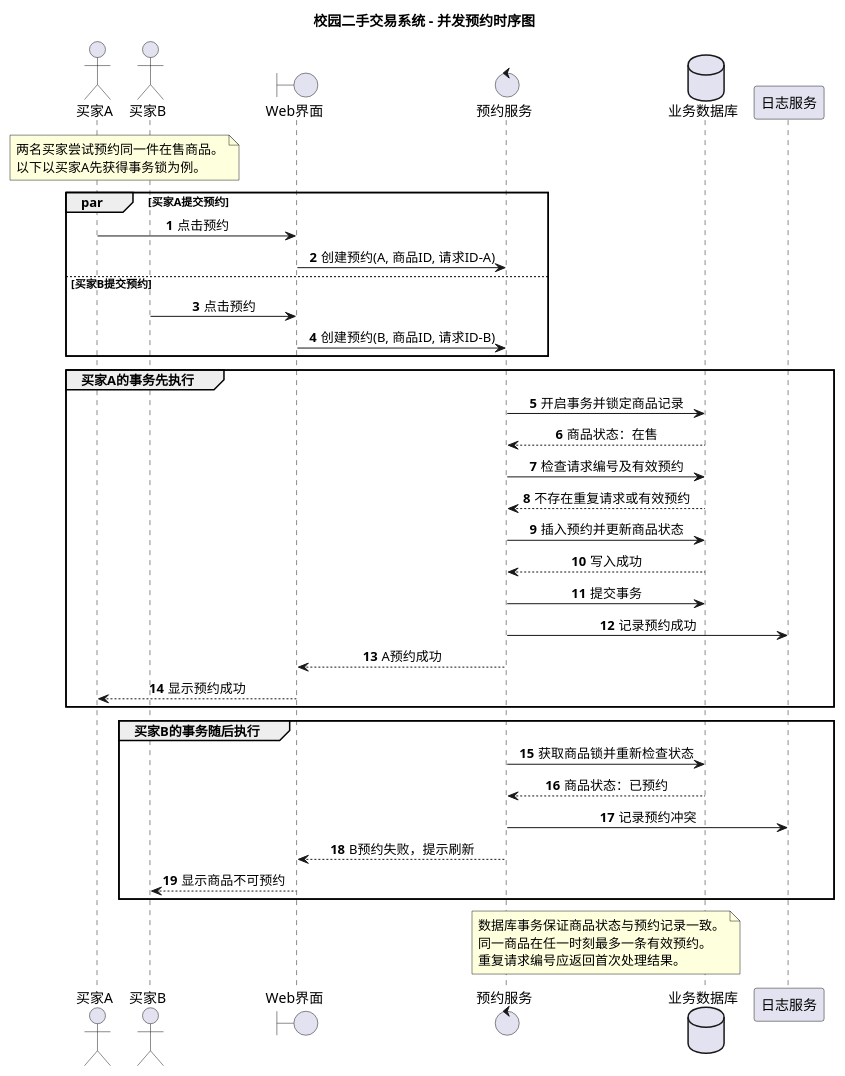
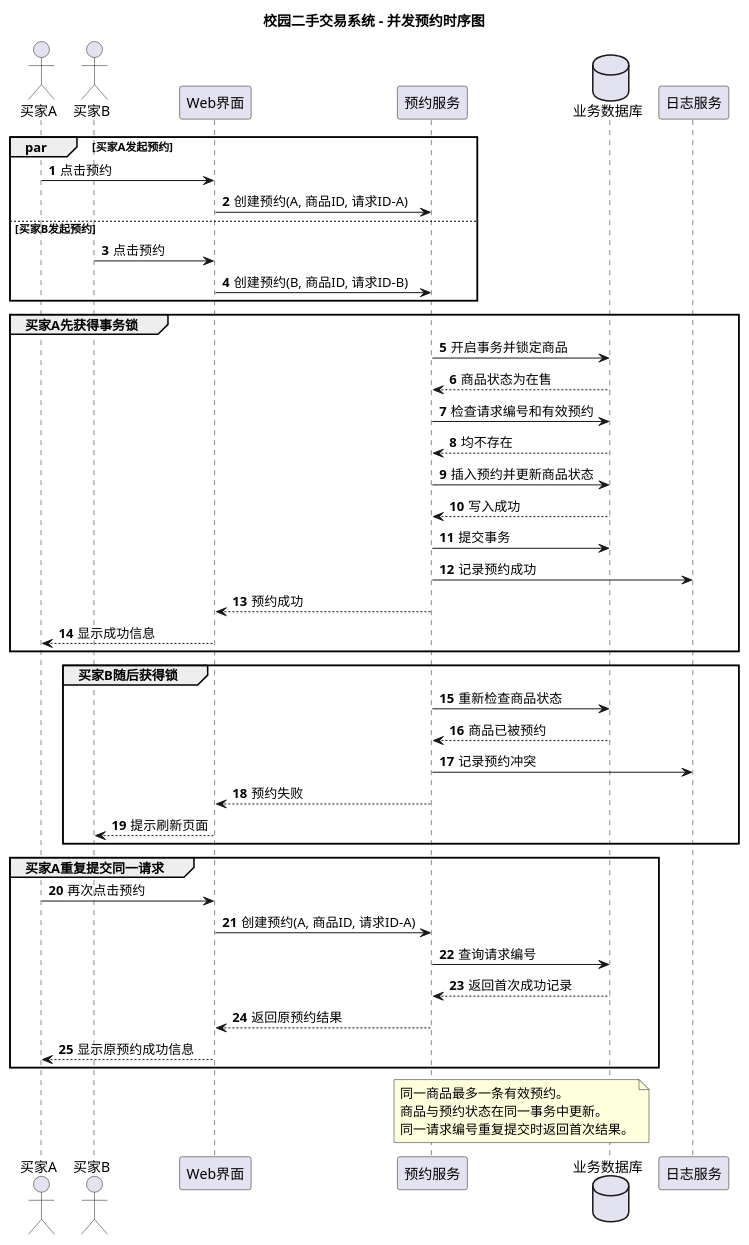
The diagram in UML/UML并发预约时序图.puml (hhhzzz-123/campus-secondhand-lab2), drawn with PlantUML before and after one commit. The commit also changed 1 other file, not shown here.

```diff
--- a/UML/UML并发预约时序图.puml
+++ b/UML/UML并发预约时序图.puml
@@ -2,57 +2,59 @@
-@startuml ReservationSequenceDiagram
+@startuml
 title 校园二手交易系统 - 并发预约时序图
 
+skinparam defaultFontName Microsoft YaHei
 skinparam shadowing false
-skinparam defaultFontName Microsoft YaHei
-skinparam sequenceMessageAlign center
-skinparam responseMessageBelowArrow true
 autonumber
 
 actor "买家A" as A
 actor "买家B" as B
-boundary "Web界面" as UI
-control "预约服务" as Service
+participant "Web界面" as UI
+participant "预约服务" as Service
 database "业务数据库" as DB
 participant "日志服务" as Log
 
-note over A, B
-两名买家尝试预约同一件在售商品。
-以下以买家A先获得事务锁为例。
-end note
-
-par 买家A提交预约
+par 买家A发起预约
     A -> UI : 点击预约
     UI -> Service : 创建预约(A, 商品ID, 请求ID-A)
-else 买家B提交预约
+else 买家B发起预约
     B -> UI : 点击预约
     UI -> Service : 创建预约(B, 商品ID, 请求ID-B)
 end
 
-group 买家A的事务先执行
-    Service -> DB : 开启事务并锁定商品记录
-    DB --> Service : 商品状态：在售
-    Service -> DB : 检查请求编号及有效预约
-    DB --> Service : 不存在重复请求或有效预约
+group 买家A先获得事务锁
+    Service -> DB : 开启事务并锁定商品
+    DB --> Service : 商品状态为在售
+    Service -> DB : 检查请求编号和有效预约
+    DB --> Service : 均不存在
     Service -> DB : 插入预约并更新商品状态
     DB --> Service : 写入成功
     Service -> DB : 提交事务
     Service -> Log : 记录预约成功
-    Service --> UI : A预约成功
-    UI --> A : 显示预约成功
+    Service --> UI : 预约成功
+    UI --> A : 显示成功信息
 end
 
-group 买家B的事务随后执行
-    Service -> DB : 获取商品锁并重新检查状态
-    DB --> Service : 商品状态：已预约
+group 买家B随后获得锁
+    Service -> DB : 重新检查商品状态
+    DB --> Service : 商品已被预约
     Service -> Log : 记录预约冲突
-    Service --> UI : B预约失败，提示刷新
-    UI --> B : 显示商品不可预约
+    Service --> UI : 预约失败
+    UI --> B : 提示刷新页面
+end
+
+group 买家A重复提交同一请求
+    A -> UI : 再次点击预约
+    UI -> Service : 创建预约(A, 商品ID, 请求ID-A)
+    Service -> DB : 查询请求编号
+    DB --> Service : 返回首次成功记录
+    Service --> UI : 返回原预约结果
+    UI --> A : 显示原预约成功信息
 end
 
 note over Service, DB
-数据库事务保证商品状态与预约记录一致。
-同一商品在任一时刻最多一条有效预约。
-重复请求编号应返回首次处理结果。
+同一商品最多一条有效预约。
+商品与预约状态在同一事务中更新。
+同一请求编号重复提交时返回首次结果。
 end note
 
 @enduml
```
